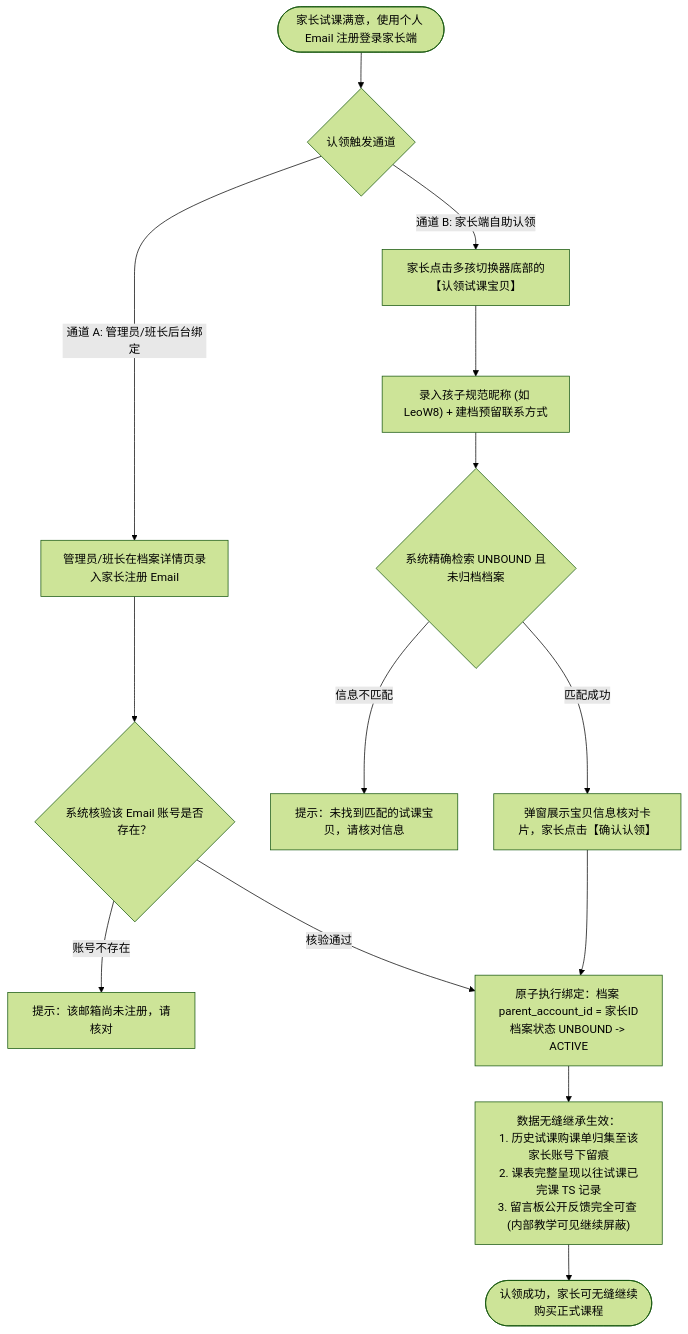
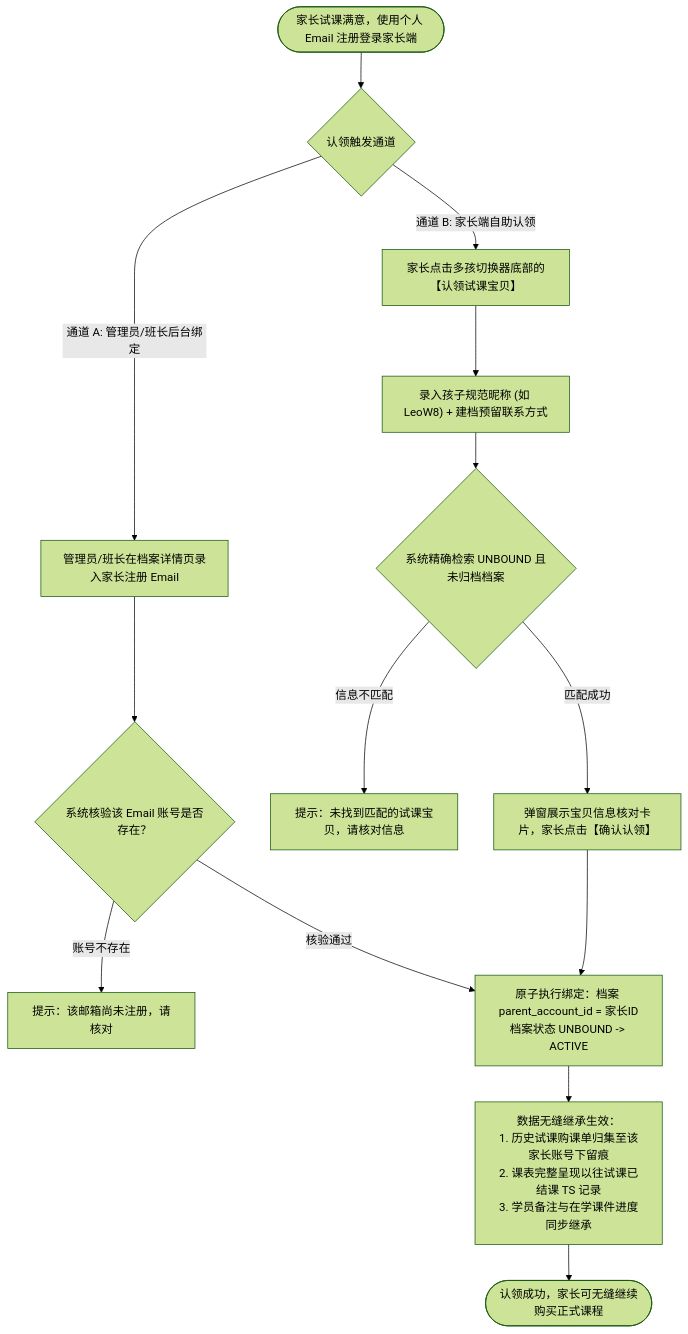
The third of 6 diagrams in docs/prd/m1a_student_profile.md (Onezao/dream), drawn with Mermaid (forest theme) before and after one commit. The commit also changed other lines of this file and 37 other files, not shown here.

````diff
--- a/docs/prd/m1a_student_profile.md
+++ b/docs/prd/m1a_student_profile.md
@@ -101,19 +101,19 @@
 ```mermaid
 flowchart TD
     ParentReg(["家长试课满意，使用个人 Email 注册登录家长端"]) --> ChoosePath{"认领触发通道"}
     
     ChoosePath -->|"通道 A: 管理员/班长后台绑定"| AdminInput["管理员/班长在档案详情页录入家长注册 Email"]
     AdminInput --> VerifyAccount{"系统核验该 Email 账号是否存在？"}
     VerifyAccount -->|"账号不存在"| AlertNotFound["提示：该邮箱尚未注册，请核对"]
     VerifyAccount -->|"核验通过"| ExecuteBind["原子执行绑定：档案 parent_account_id = 家长ID<br/>档案状态 UNBOUND -> ACTIVE"]
 
     ChoosePath -->|"通道 B: 家长端自助认领"| ParentSelfClaim["家长点击多孩切换器底部的【认领试课宝贝】"]
     ParentSelfClaim --> InputClaimCode["录入孩子规范昵称 (如 LeoW8) + 建档预留联系方式"]
     InputClaimCode --> MatchRecord{"系统精确检索 UNBOUND 且未归档档案"}
     MatchRecord -->|"信息不匹配"| AlertMismatch["提示：未找到匹配的试课宝贝，请核对信息"]
     MatchRecord -->|"匹配成功"| ConfirmClaimModal["弹窗展示宝贝信息核对卡片，家长点击【确认认领】"]
     ConfirmClaimModal --> ExecuteBind
 
-    ExecuteBind --> InheritAssets["数据无缝继承生效：<br/>1. 历史试课购课单归集至该家长账号下留痕<br/>2. 课表完整呈现以往试课已完课 TS 记录<br/>3. 留言板公开反馈完全可查 (内部教学可见继续屏蔽)"]
+    ExecuteBind --> InheritAssets["数据无缝继承生效：<br/>1. 历史试课购课单归集至该家长账号下留痕<br/>2. 课表完整呈现以往试课已结课 TS 记录<br/>3. 学员备注与在学课件进度同步继承"]
     InheritAssets --> FinishClaim(["认领成功，家长可无缝继续购买正式课程"])
 ```
````
